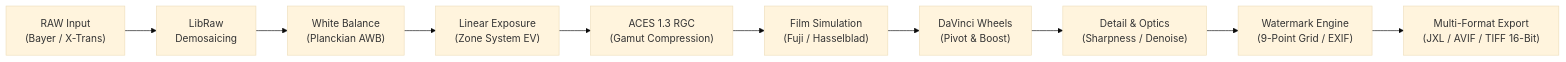
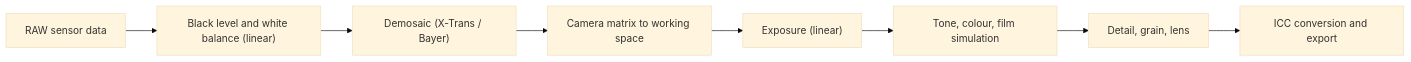
One commit to ozdil/omarchy-omastudio changed the second of 2 diagrams in README.md. Above: the diagram before and after it, drawn with Mermaid (base theme). The commit also changed other lines of this file and 5 other files, not shown here.

````diff
--- a/README.md
+++ b/README.md
@@ -70,12 +63,10 @@
 ```mermaid
 flowchart LR
-    A[" RAW Input<br/>(Bayer / X-Trans)"] --> B[" LibRaw<br/>Demosaicing"]
-    B --> C[" White Balance<br/>(Planckian AWB)"]
-    C --> D[" Linear Exposure<br/>(Zone System EV)"]
-    D --> E[" ACES 1.3 RGC<br/>(Gamut Compression)"]
-    E --> F[" Film Simulation<br/>(Fuji / Hasselblad)"]
-    F --> G[" DaVinci Wheels<br/>(Pivot & Boost)"]
-    G --> H[" Detail & Optics<br/>(Sharpness / Denoise)"]
-    H --> I[" Watermark Engine<br/>(9-Point Grid / EXIF)"]
-    I --> J[" Multi-Format Export<br/>(JXL / AVIF / TIFF 16-Bit)"]
+    A["RAW sensor data"] --> B["Black level and white balance (linear)"]
+    B --> C["Demosaic (X-Trans / Bayer)"]
+    C --> D["Camera matrix to working space"]
+    D --> E["Exposure (linear)"]
+    E --> F["Tone, colour, film simulation"]
+    F --> G["Detail, grain, lens"]
+    G --> H["ICC conversion and export"]
 ```
````
